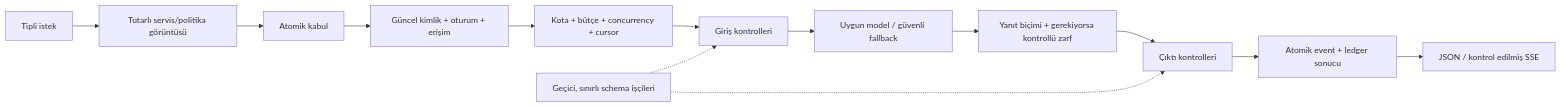
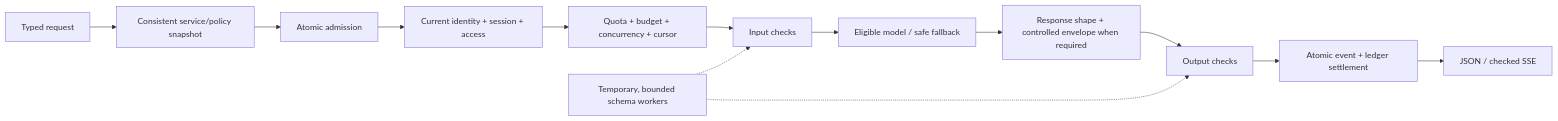
One commit to etrkk5/pliqra changed the diagram in docs/TECHNICAL_REVIEW.md. Above: the diagram before and after it, drawn with Mermaid. The commit also changed other lines of this file and 3 other files, not shown here.

```diff
--- a/docs/TECHNICAL_REVIEW.md
+++ b/docs/TECHNICAL_REVIEW.md
@@ -49,15 +51,15 @@
 ~~~mermaid
 flowchart LR
-    Request[Tipli istek] --> Prepare[Tutarlı servis/politika görüntüsü]
-    Prepare --> Admit[Atomik kabul]
-    Admit --> Auth[Güncel kimlik + oturum + erişim]
-    Auth --> Limits[Kota + bütçe + concurrency + cursor]
-    Limits --> Input[Giriş kontrolleri]
-    Input --> Model[Uygun model / güvenli fallback]
-    Model --> Output[Yanıt biçimi + gerekiyorsa kontrollü zarf]
-    Output --> Checks[Çıktı kontrolleri]
-    Checks --> Commit[Atomik event + ledger sonucu]
-    Commit --> Deliver[JSON / kontrol edilmiş SSE]
-    Schema[Geçici, sınırlı schema işçileri] -.-> Input
+    Request[Typed request] --> Prepare[Consistent service/policy snapshot]
+    Prepare --> Admit[Atomic admission]
+    Admit --> Auth[Current identity + session + access]
+    Auth --> Limits[Quota + budget + concurrency + cursor]
+    Limits --> Input[Input checks]
+    Input --> Model[Eligible model / safe fallback]
+    Model --> Output[Response shape + controlled envelope when required]
+    Output --> Checks[Output checks]
+    Checks --> Commit[Atomic event + ledger settlement]
+    Commit --> Deliver[JSON / checked SSE]
+    Schema[Temporary, bounded schema workers] -.-> Input
     Schema -.-> Checks
 ~~~
```
